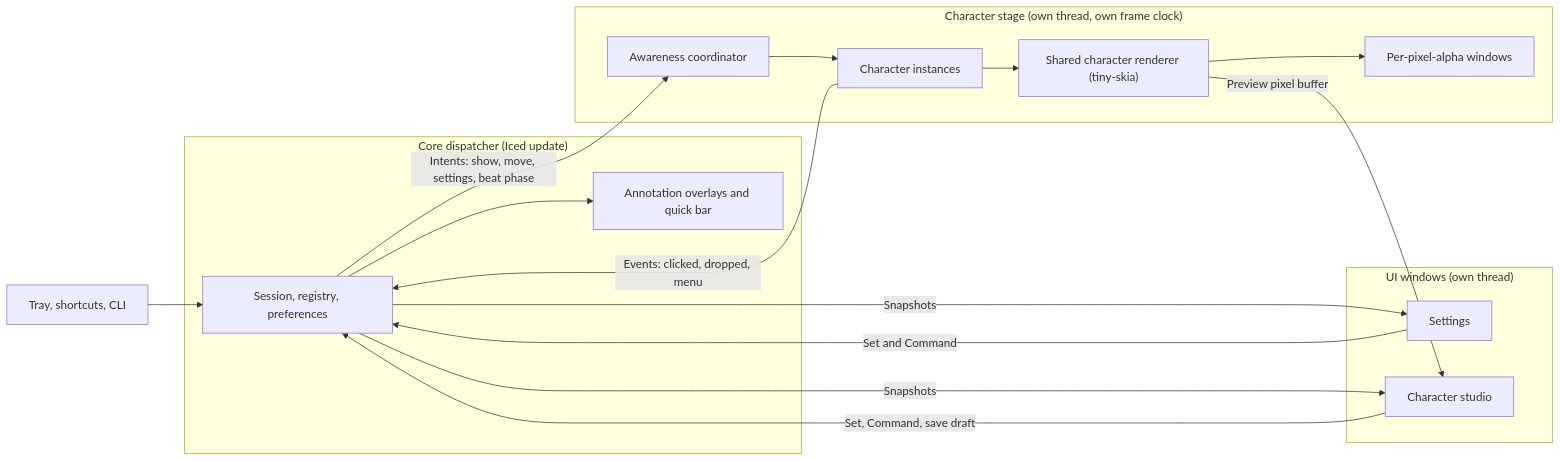
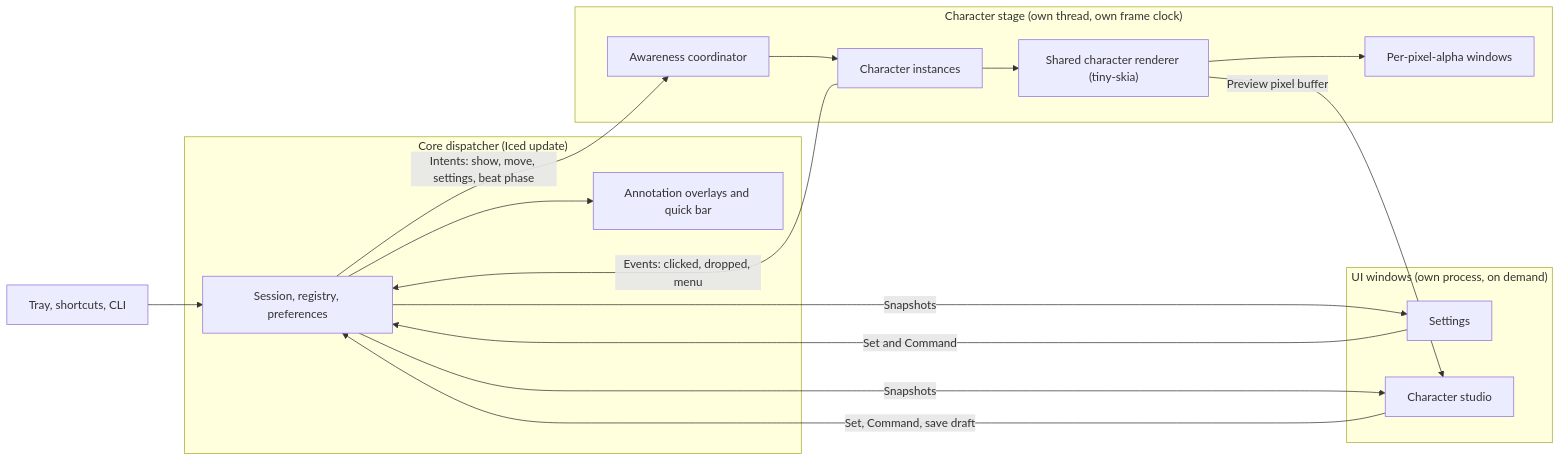
Before and after one commit to Garruvex/TinyPaw: the diagram in docs/settings-and-multi-character-plan.md, drawn with Mermaid. The commit also changed other lines of this file and 14 other files, not shown here.

````diff
--- a/docs/settings-and-multi-character-plan.md
+++ b/docs/settings-and-multi-character-plan.md
@@ -40,25 +40,25 @@
 ```mermaid
 flowchart LR
     Inputs["Tray, shortcuts, CLI"] --> Core
     subgraph CoreLoop["Core dispatcher (Iced update)"]
         Core["Session, registry, preferences"]
         Overlays["Annotation overlays and quick bar"]
         Core --> Overlays
     end
     subgraph StageLoop["Character stage (own thread, own frame clock)"]
         Coordinator["Awareness coordinator"] --> Instances["Character instances"]
         Instances --> Renderer["Shared character renderer (tiny-skia)"]
         Renderer --> Windows["Per-pixel-alpha windows"]
     end
-    subgraph UiLoop["UI windows (own thread)"]
+    subgraph UiLoop["UI windows (own process, on demand)"]
         Settings["Settings"]
         Studio["Character studio"]
     end
     Core -->|"Intents: show, move, settings, beat phase"| Coordinator
     Instances -->|"Events: clicked, dropped, menu"| Core
     Settings -->|"Set and Command"| Core
     Studio -->|"Set, Command, save draft"| Core
     Core -->|"Snapshots"| Settings
     Core -->|"Snapshots"| Studio
     Renderer -->|"Preview pixel buffer"| Studio
 ```
````
